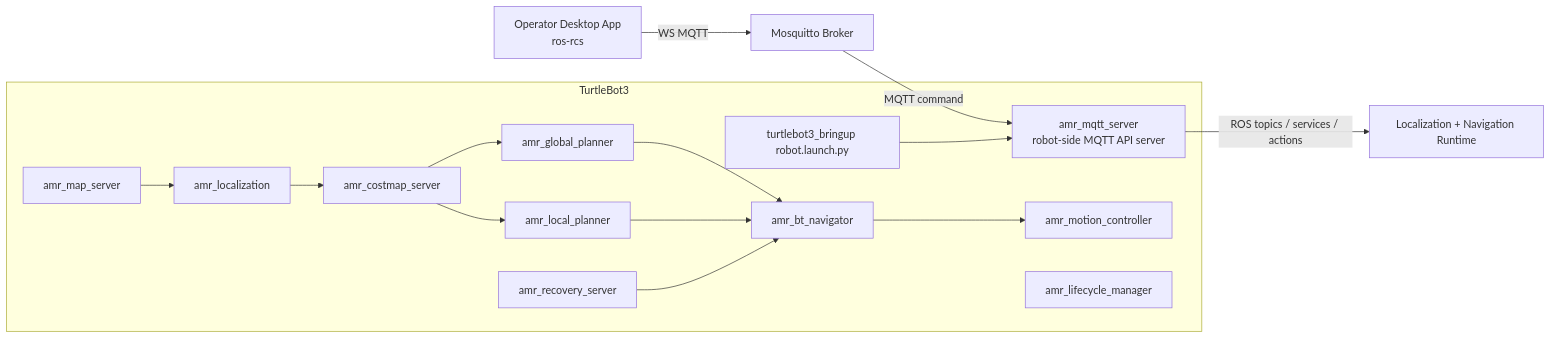
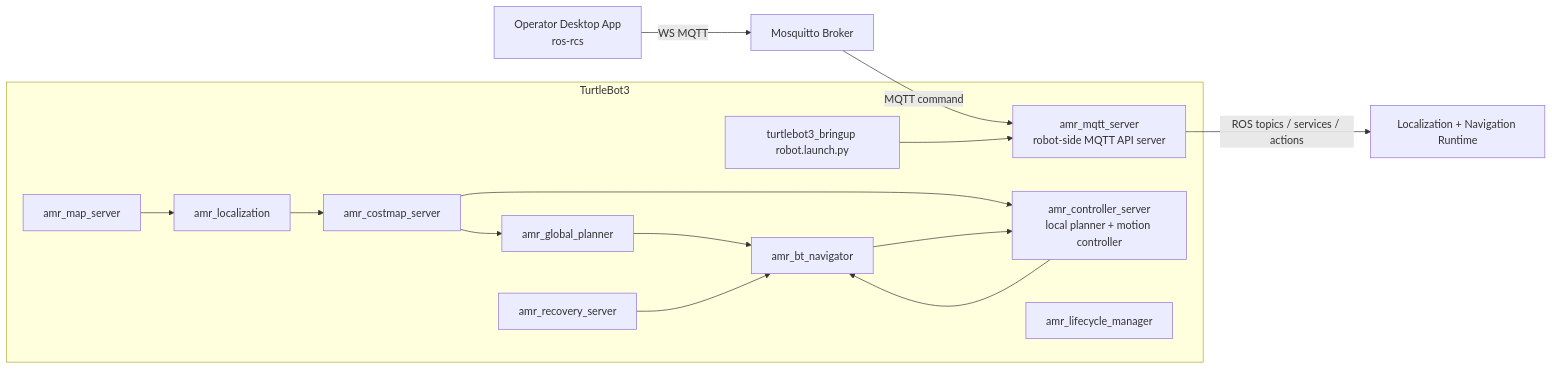
Before and after one commit to reidlo5135/ros-amr-navigation: the diagram in README.md, drawn with Mermaid. The commit also changed other lines of this file and 25 other files, not shown here.

Commit message:
feat: consolidate controller server

````diff
--- a/README.md
+++ b/README.md
@@ -16,29 +16,28 @@
 ```mermaid
 flowchart LR
     Desktop["Operator Desktop App<br/>ros-rcs"] -->|WS MQTT| Broker["Mosquitto Broker"]
     Broker -->|MQTT command| RobotBridge["amr_mqtt_server<br/>robot-side MQTT API server"]
     RobotBridge -->|ROS topics / services / actions| Nav["Localization + Navigation Runtime"]
 
     subgraph TB3["TurtleBot3"]
         TB3Bringup["turtlebot3_bringup robot.launch.py"]
         RobotBridge
         MapServer["amr_map_server"]
         Localization["amr_localization"]
         Costmap["amr_costmap_server"]
         GlobalPlanner["amr_global_planner"]
-        LocalPlanner["amr_local_planner"]
-        Motion["amr_motion_controller"]
+        Controller["amr_controller_server<br/>local planner + motion controller"]
         Recovery["amr_recovery_server"]
         Navigator["amr_bt_navigator"]
         Lifecycle["amr_lifecycle_manager"]
         TB3Bringup --> RobotBridge
         MapServer --> Localization
         Localization --> Costmap
         Costmap --> GlobalPlanner
-        Costmap --> LocalPlanner
+        Costmap --> Controller
         GlobalPlanner --> Navigator
-        LocalPlanner --> Navigator
+        Controller --> Navigator
         Recovery --> Navigator
-        Navigator --> Motion
+        Navigator --> Controller
     end
 ```
````
